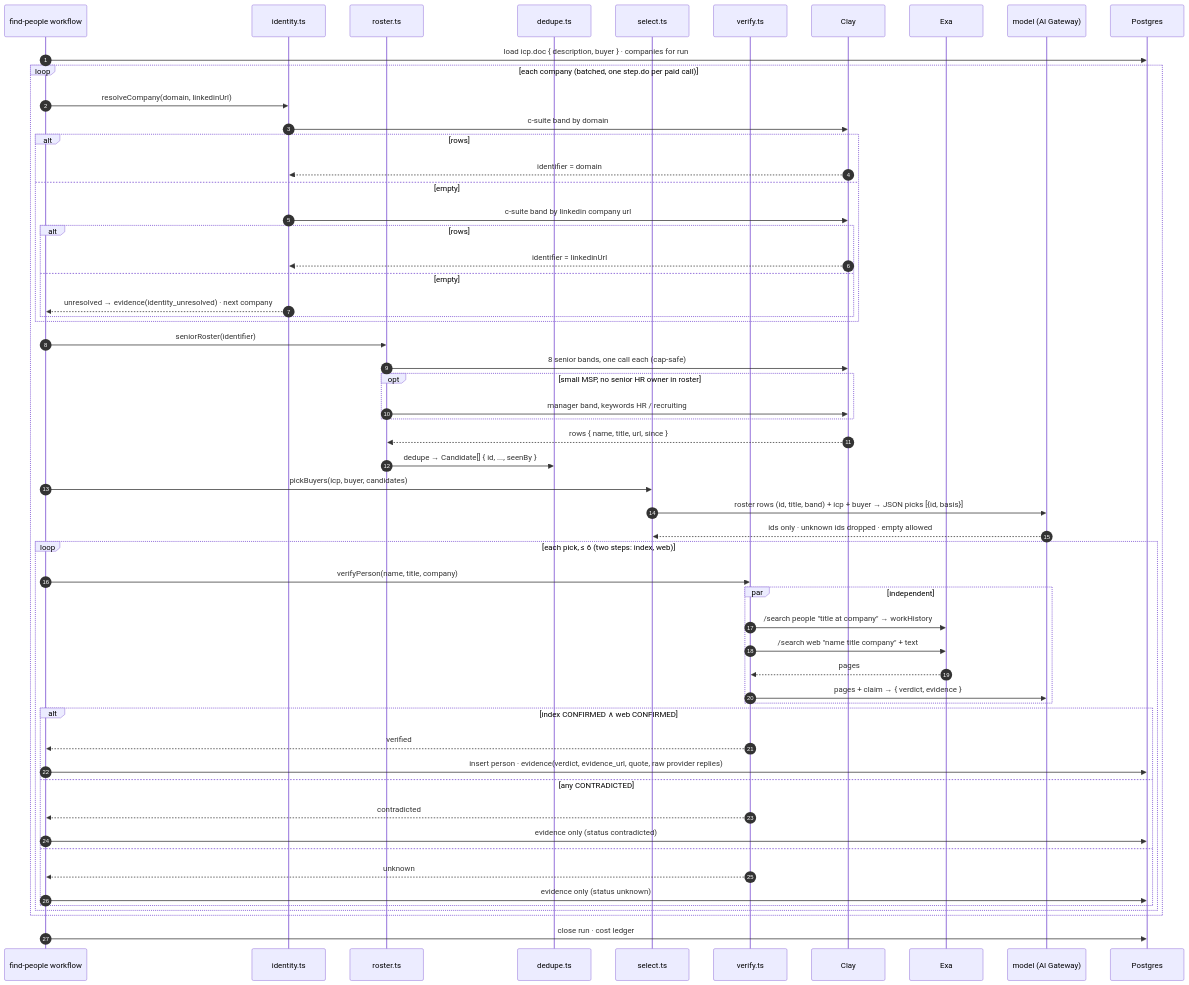
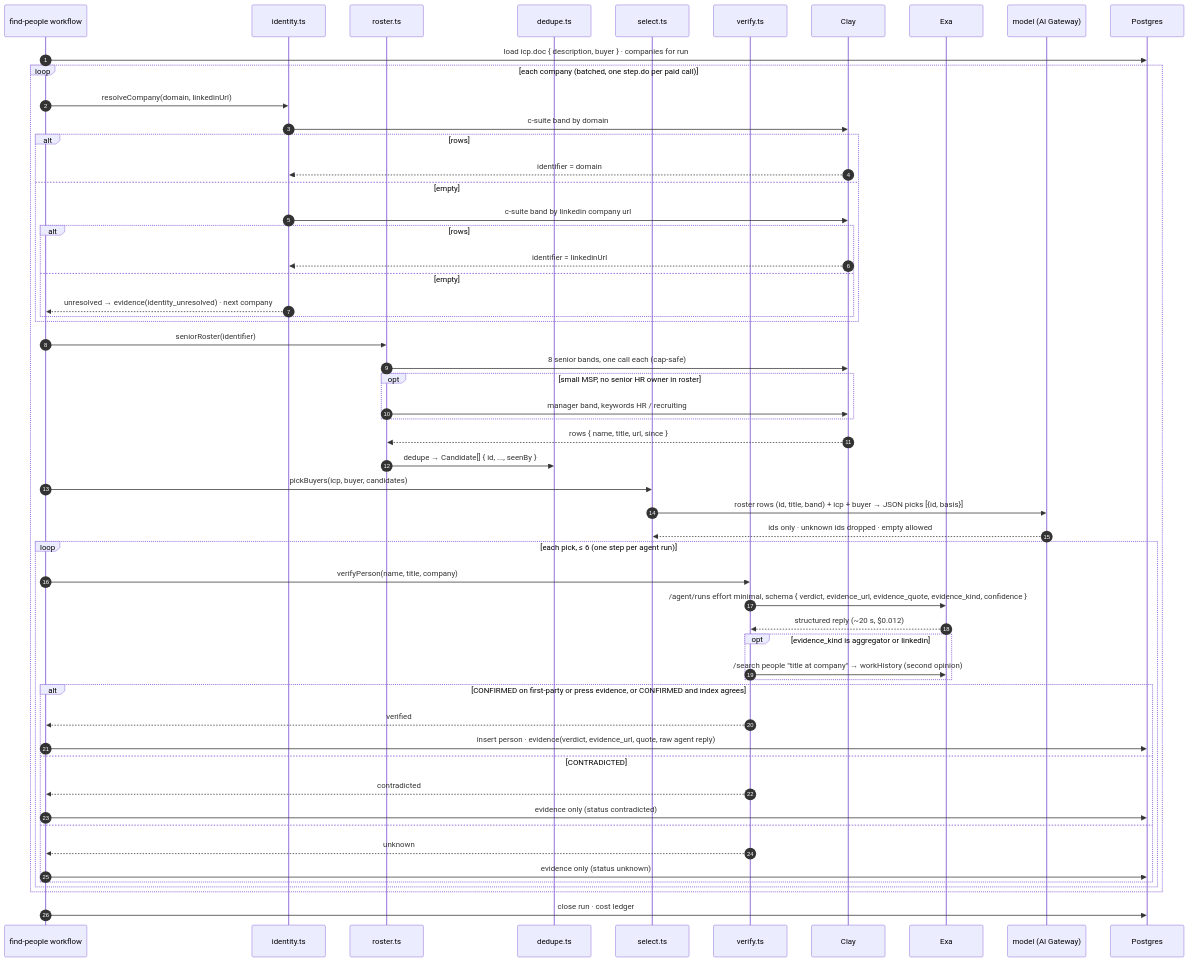
One commit to algominds-ai/algominds-backend changed the second of 2 diagrams in docs/solutions/people-probe/x/people-architecture.md. Above: the diagram before and after it, drawn with Mermaid. The commit also changed other lines of this file and 1 other file, not shown here.

Commit message:
docs: the sequence diagram draws the agent verifier, and the contracts match it

````diff
--- a/docs/solutions/people-probe/x/people-architecture.md
+++ b/docs/solutions/people-probe/x/people-architecture.md
@@ -80,60 +80,59 @@
 ```mermaid
 sequenceDiagram
     autonumber
     participant WF as find-people workflow
     participant ID as identity.ts
     participant RO as roster.ts
     participant DD as dedupe.ts
     participant SE as select.ts
     participant VE as verify.ts
     participant CL as Clay
     participant EX as Exa
     participant M as model (AI Gateway)
     participant DB as Postgres
 
     WF->>DB: load icp.doc { description, buyer } · companies for run
     loop each company (batched, one step.do per paid call)
         WF->>ID: resolveCompany(domain, linkedinUrl)
         ID->>CL: c-suite band by domain
         alt rows
             CL-->>ID: identifier = domain
         else empty
             ID->>CL: c-suite band by linkedin company url
             alt rows
                 CL-->>ID: identifier = linkedinUrl
             else empty
                 ID-->>WF: unresolved → evidence(identity_unresolved) · next company
             end
         end
         WF->>RO: seniorRoster(identifier)
         RO->>CL: 8 senior bands, one call each (cap-safe)
         opt small MSP, no senior HR owner in roster
             RO->>CL: manager band, keywords HR / recruiting
         end
         CL-->>RO: rows { name, title, url, since }
         RO->>DD: dedupe → Candidate[] { id, ..., seenBy }
         WF->>SE: pickBuyers(icp, buyer, candidates)
         SE->>M: roster rows (id, title, band) + icp + buyer → JSON picks [{id, basis}]
         M-->>SE: ids only · unknown ids dropped · empty allowed
-        loop each pick, ≤ 6 (two steps: index, web)
+        loop each pick, ≤ 6 (one step per agent run)
             WF->>VE: verifyPerson(name, title, company)
-            par independent
-                VE->>EX: /search people "title at company" → workHistory
-                VE->>EX: /search web "name title company" + text
-                EX-->>VE: pages
-                VE->>M: pages + claim → { verdict, evidence }
+            VE->>EX: /agent/runs effort minimal, schema { verdict, evidence_url, evidence_quote, evidence_kind, confidence }
+            EX-->>VE: structured reply (~20 s, $0.012)
+            opt evidence_kind is aggregator or linkedin
+                VE->>EX: /search people "title at company" → workHistory (second opinion)
             end
-            alt index CONFIRMED ∧ web CONFIRMED
+            alt CONFIRMED on first-party or press evidence, or CONFIRMED and index agrees
                 VE-->>WF: verified
-                WF->>DB: insert person · evidence(verdict, evidence_url, quote, raw provider replies)
-            else any CONTRADICTED
+                WF->>DB: insert person · evidence(verdict, evidence_url, quote, raw agent reply)
+            else CONTRADICTED
                 VE-->>WF: contradicted
                 WF->>DB: evidence only (status contradicted)
             else
                 VE-->>WF: unknown
                 WF->>DB: evidence only (status unknown)
             end
         end
     end
     WF->>DB: close run · cost ledger
 ```
````
